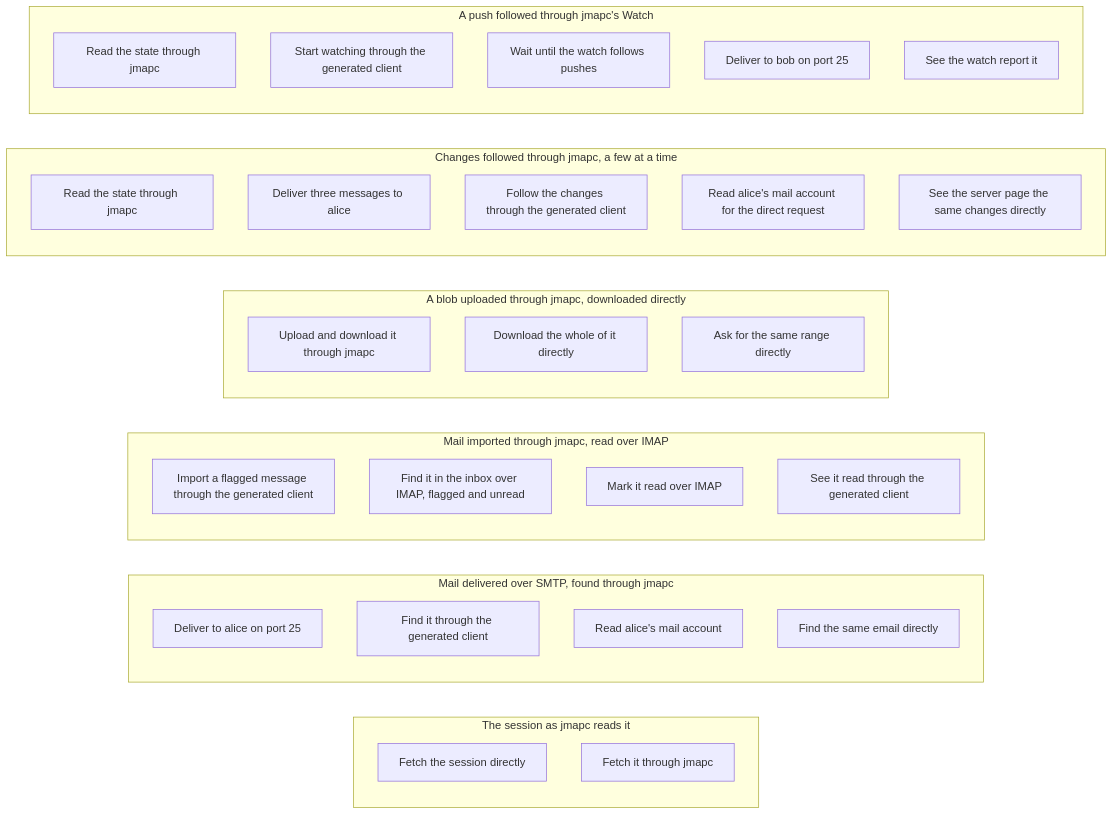
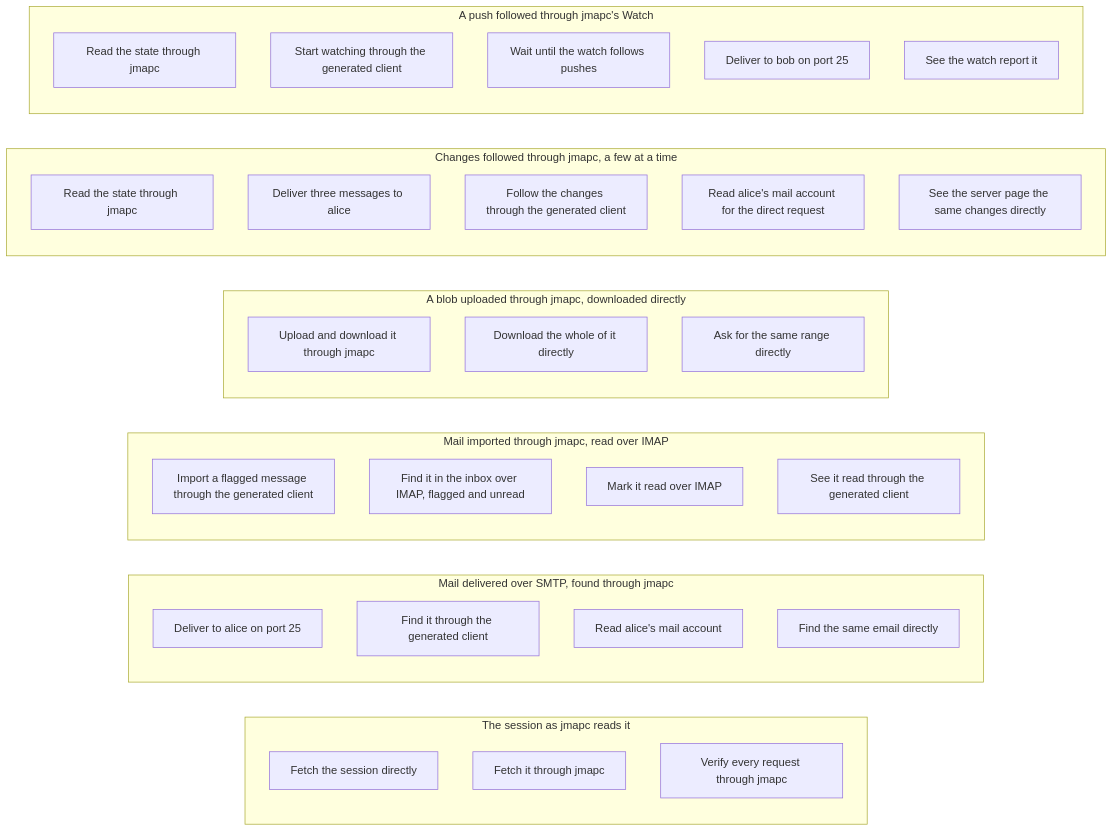
Before and after one commit to linyows/jmapc: the second of 2 diagrams in docs/content/en/contributing.md, drawn with Mermaid. The commit also changed 15 other files, not shown here.

First line of the commit message:
Generate Verify to check every request against the session at startup

````diff
--- a/docs/content/en/contributing.md
+++ b/docs/content/en/contributing.md
@@ -70,38 +70,39 @@
 ```mermaid
 flowchart LR
     subgraph job_0["The session as jmapc reads it"]
         job_0_step0["Fetch the session directly"]
         job_0_step1["Fetch it through jmapc"]
+        job_0_step2["Verify every request through jmapc"]
     end
     subgraph job_1["Mail delivered over SMTP, found through jmapc"]
         job_1_step0["Deliver to alice on port 25"]
         job_1_step1["Find it through the generated client"]
         job_1_step2["Read alice's mail account"]
         job_1_step3["Find the same email directly"]
     end
     subgraph job_2["Mail imported through jmapc, read over IMAP"]
         job_2_step0["Import a flagged message through the generated client"]
         job_2_step1["Find it in the inbox over IMAP, flagged and unread"]
         job_2_step2["Mark it read over IMAP"]
         job_2_step3["See it read through the generated client"]
     end
     subgraph job_3["A blob uploaded through jmapc, downloaded directly"]
         job_3_step0["Upload and download it through jmapc"]
         job_3_step1["Download the whole of it directly"]
         job_3_step2["Ask for the same range directly"]
     end
     subgraph job_4["Changes followed through jmapc, a few at a time"]
         job_4_step0["Read the state through jmapc"]
         job_4_step1["Deliver three messages to alice"]
         job_4_step2["Follow the changes through the generated client"]
         job_4_step3["Read alice's mail account for the direct request"]
         job_4_step4["See the server page the same changes directly"]
     end
     subgraph job_5["A push followed through jmapc's Watch"]
         job_5_step0["Read the state through jmapc"]
         job_5_step1["Start watching through the generated client"]
         job_5_step2["Wait until the watch follows pushes"]
         job_5_step3["Deliver to bob on port 25"]
         job_5_step4["See the watch report it"]
     end
 ```
````
